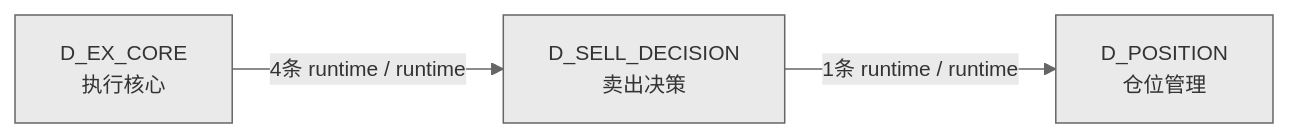
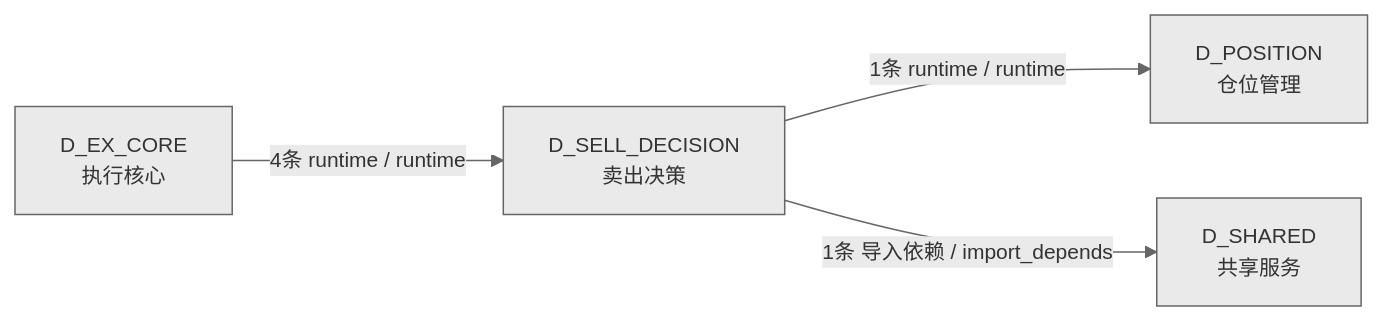
One commit to xuanFelixVan/ZephyrAlpha changed the fourth of 4 diagrams in docs/02_enterprise_architecture/02_domain_architecture_docs/67_d_sell_decision.md. Above: the diagram before and after it, drawn with Mermaid. The commit also changed other lines of this file and 61 other files, not shown here.

````diff
--- a/docs/02_enterprise_architecture/02_domain_architecture_docs/67_d_sell_decision.md
+++ b/docs/02_enterprise_architecture/02_domain_architecture_docs/67_d_sell_decision.md
@@ -216,9 +224,11 @@
 ```mermaid
 %%{init: {'theme': 'base', 'themeVariables': {'primaryColor': '#eaeaea', 'primaryTextColor': '#333333', 'primaryBorderColor': '#666666', 'lineColor': '#666666', 'secondaryColor': '#eaeaea', 'tertiaryColor': '#eaeaea', 'fontSize': '14px'}}}%%
 graph LR
     D_SELL_DECISION["D_SELL_DECISION<br/>卖出决策"]
     D_POSITION["D_POSITION<br/>仓位管理"]
+    D_SHARED["D_SHARED<br/>共享服务"]
     D_EX_CORE["D_EX_CORE<br/>执行核心"]
     D_SELL_DECISION -->|1条 runtime / runtime| D_POSITION
+    D_SELL_DECISION -->|1条 导入依赖 / import_depends| D_SHARED
     D_EX_CORE -->|4条 runtime / runtime| D_SELL_DECISION
 ```
````
